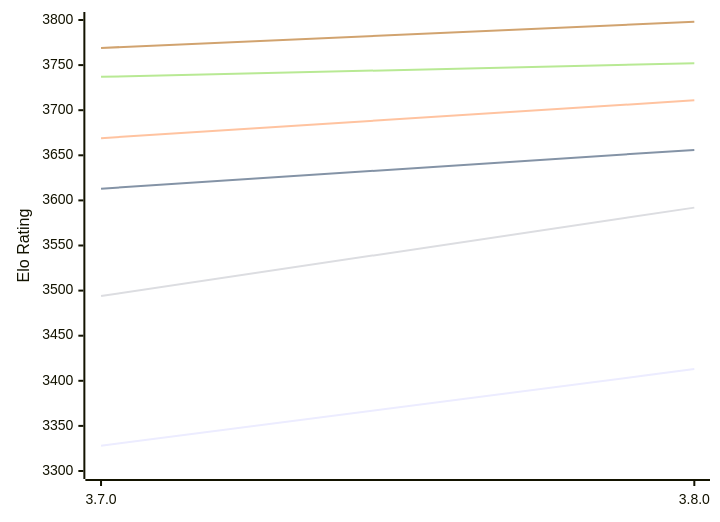
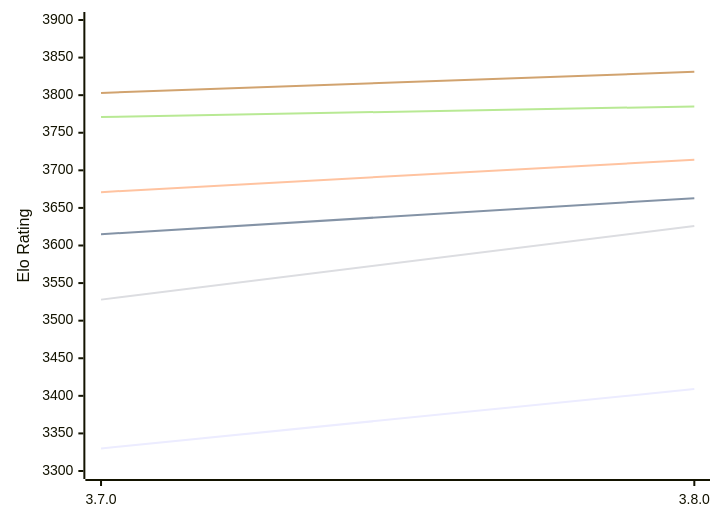
Before and after one commit to computer-chess-index/cci: the first of 2 diagrams in engines/Igel.md, drawn with Mermaid. The commit also changed other lines of this file, not shown here.

Commit message:
Update CCI Ratings (ELO VLTC) - 2026-11-05

````diff
--- a/engines/Igel.md
+++ b/engines/Igel.md
@@ -51,12 +51,12 @@
 ```mermaid
 %%{init: {"theme":"base","themeVariables":{"seriesColors:['#a3a3a3','#222221','#faa371']}}}%%
 xychart-beta
   x-axis ["3.7.0", "3.8.0"]
-  y-axis "Elo Rating" 3300 --> 3800
-  line "E1: STC (8.0+0.08s)" [3328, 3413]
-  line "E1: LTC (60.0+0.60s)" [3613, 3656]
-  line "E1: VLTC (2m24s+1.12s)" [3669, 3711]
-  line "P1: STC (8.0+0.08s)" [3494, 3592]
-  line "P1: LTC (60.0+0.60s)" [3737, 3752]
-  line "P1: VLTC (2m24s+1.12s)" [3769, 3798]
+  y-axis "Elo Rating" 3300 --> 3900
+  line "E1: STC (8.0+0.08s)" [3330, 3409]
+  line "E1: LTC (60.0+0.60s)" [3615, 3663]
+  line "E1: VLTC (2m24s+1.12s)" [3671, 3714]
+  line "P1: STC (8.0+0.08s)" [3528, 3626]
+  line "P1: LTC (60.0+0.60s)" [3771, 3785]
+  line "P1: VLTC (2m24s+1.12s)" [3803, 3831]
 ```
````
